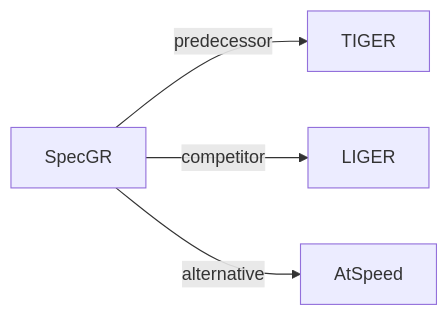
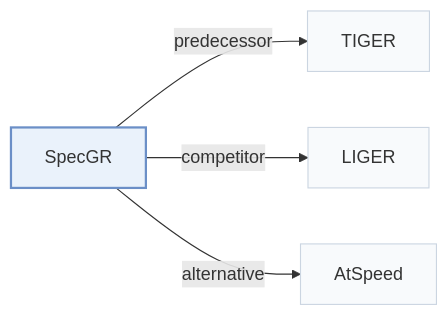
The second of 2 diagrams in pages/papers/specgr.md (Galaxy-ghost/Awesome-SID-Generative-Rec), drawn with Mermaid before and after one commit. The commit also changed other lines of this file and 649 other files, not shown here.

Commit message:
writer-05: also tags and modality index (schema, check, build, visuals); summary field removed; calibration data for 12 papers

````diff
--- a/pages/papers/specgr.md
+++ b/pages/papers/specgr.md
@@ -68,7 +74,11 @@
 ```mermaid
 flowchart LR
     P["SpecGR"]
-    P -->|predecessor| A["TIGER"]
-    P -->|competitor| B["LIGER"]
-    P -->|alternative| C["AtSpeed"]
+    P -->|"predecessor"| A["TIGER"]
+    P -->|"competitor"| B["LIGER"]
+    P -->|"alternative"| C["AtSpeed"]
+    classDef main fill:#eaf2fb,stroke:#6b8fc7,stroke-width:2px
+    classDef peer fill:#f8fafc,stroke:#cbd5e1
+    class P main
+    class A,B,C peer
 ```
````
